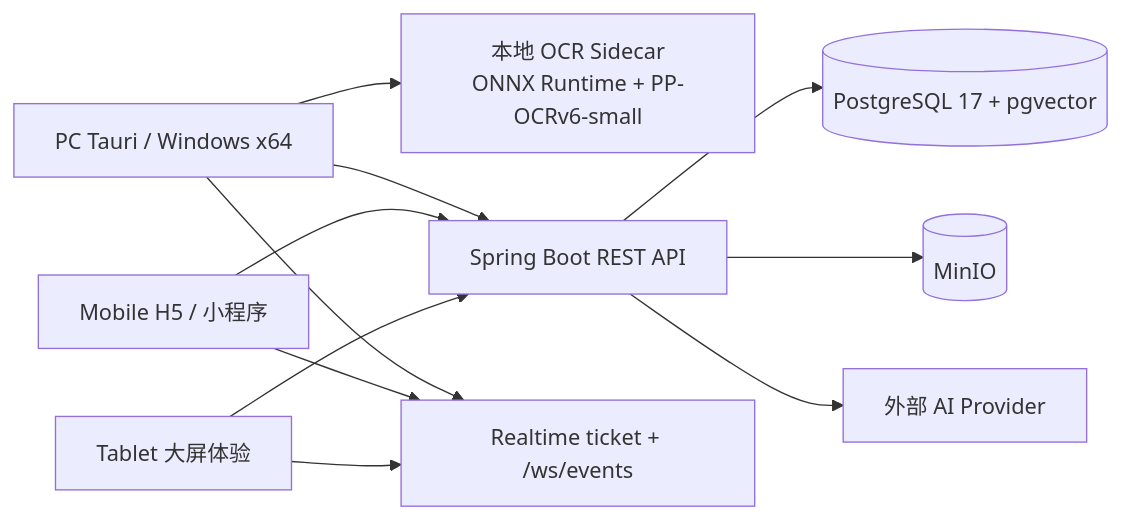
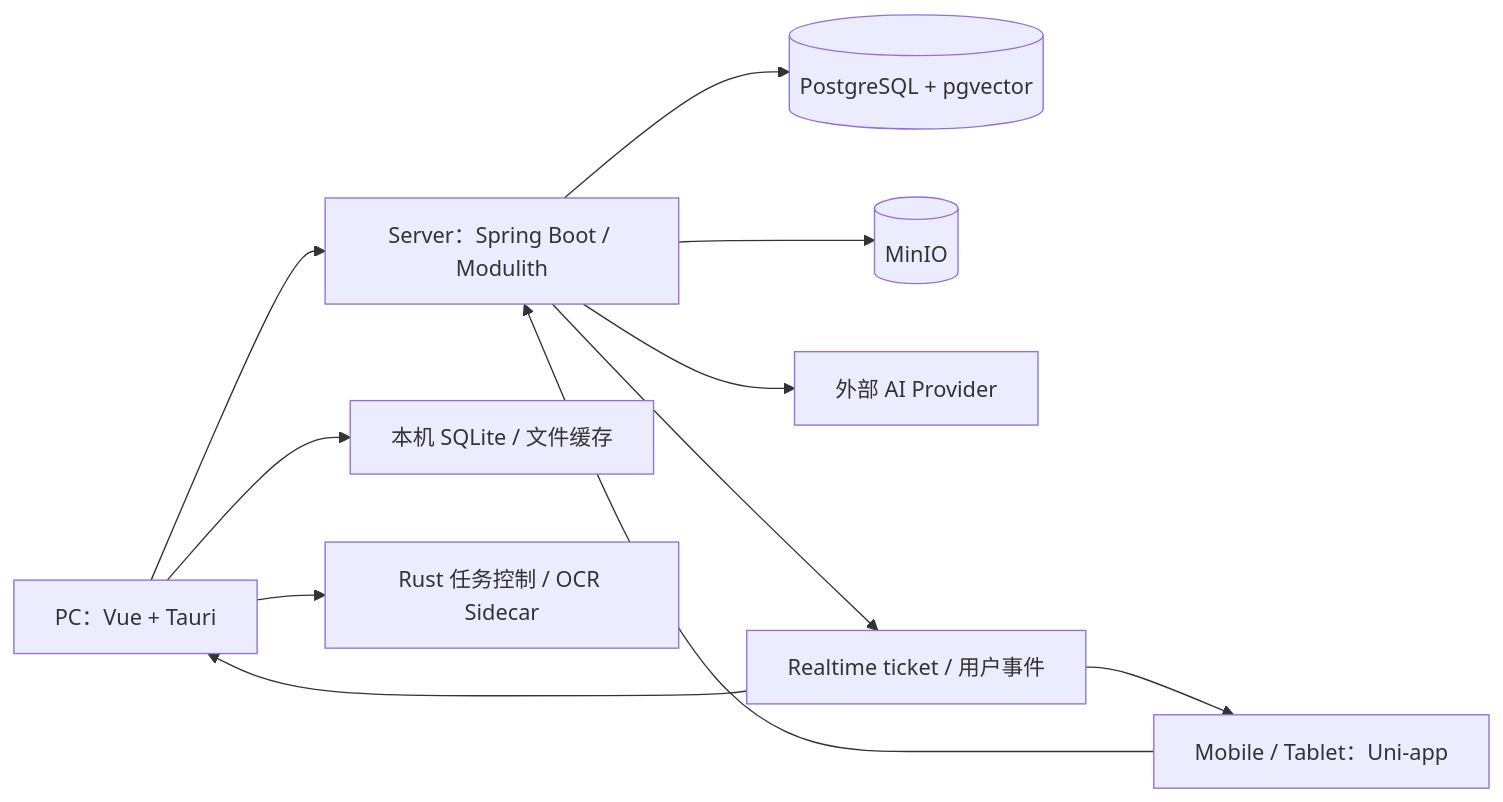
The first of 2 diagrams in docs/project/Architecture.md (fewhuooo/Auralis), drawn with Mermaid before and after one commit. The commit also changed other lines of this file and 78 other files, not shown here.

````diff
--- a/docs/project/Architecture.md
+++ b/docs/project/Architecture.md
@@ -74,23 +15,13 @@
 ```mermaid
 flowchart LR
-  PC["PC Tauri / Windows x64"]
-  OCR["本地 OCR Sidecar\nONNX Runtime + PP-OCRv6-small"]
-  Mobile["Mobile H5 / 小程序"]
-  Tablet["Tablet 大屏体验"]
-  API["Spring Boot REST API"]
-  WS["Realtime ticket + /ws/events"]
-  PG[(PostgreSQL 17 + pgvector)]
-  MinIO[(MinIO)]
-  AI["外部 AI Provider"]
-
-  PC --> OCR
-  PC --> API
-  Mobile --> API
-  Tablet --> API
-  PC --> WS
-  Mobile --> WS
-  Tablet --> WS
-  API --> PG
-  API --> MinIO
-  API --> AI
+  PC["PC：Vue + Tauri"] --> API["Server：Spring Boot / Modulith"]
+  PC --> Local["本机 SQLite / 文件缓存"]
+  PC --> OCR["Rust 任务控制 / OCR Sidecar"]
+  Mobile["Mobile / Tablet：Uni-app"] --> API
+  API --> PG[(PostgreSQL + pgvector)]
+  API --> Objects[(MinIO)]
+  API --> Provider["外部 AI Provider"]
+  API --> Events["Realtime ticket / 用户事件"]
+  Events --> PC
+  Events --> Mobile
 ```
````
